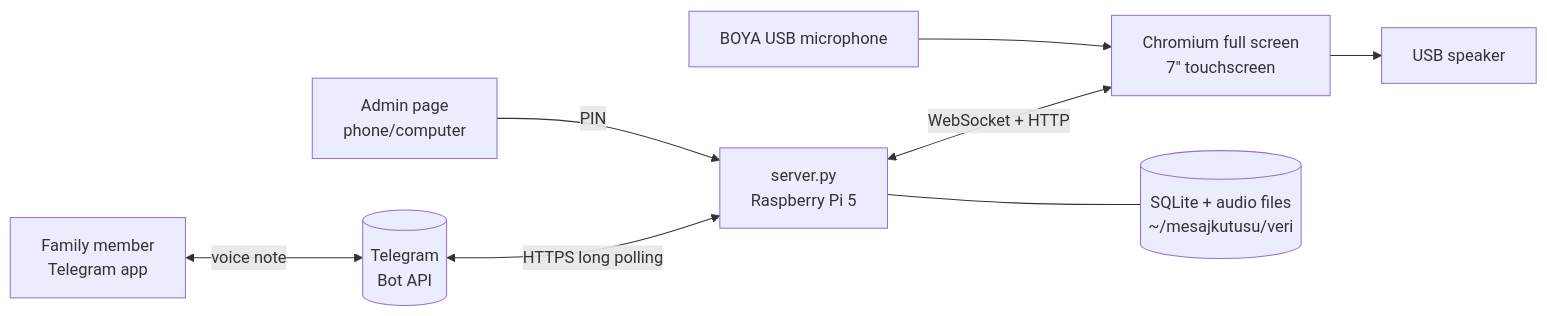
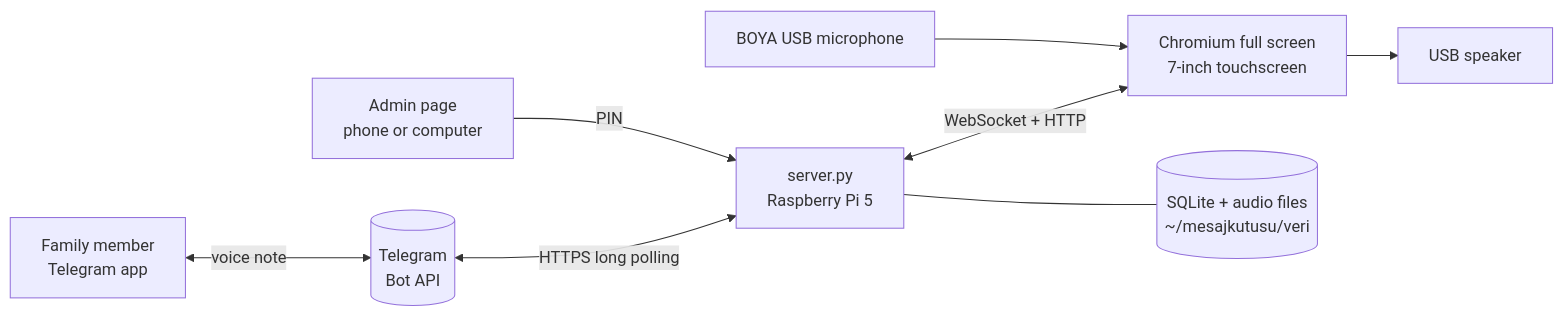
One commit to ekremcet/raspberrytime changed the diagram in README.md. Above: the diagram before and after it, drawn with Mermaid.

Commit message:
Fix Mermaid diagram in README

````diff
--- a/README.md
+++ b/README.md
@@ -38,10 +38,10 @@
 ```mermaid
 flowchart LR
-  A[Family member<br/>Telegram app] <-- voice note --> T[(Telegram<br/>Bot API)]
-  T <-- HTTPS long polling --> S[server.py<br/>Raspberry Pi 5]
-  S <-- WebSocket + HTTP --> K[Chromium full screen<br/>7&quot; touchscreen]
-  S --- D[(SQLite + audio files<br/>~/mesajkutusu/veri)]
-  M[BOYA USB microphone] --> K
-  K --> H[USB speaker]
-  Y[Admin page<br/>phone/computer] -- PIN --> S
+  A["Family member<br/>Telegram app"] <-- "voice note" --> T[("Telegram<br/>Bot API")]
+  T <-- "HTTPS long polling" --> S["server.py<br/>Raspberry Pi 5"]
+  S <-- "WebSocket + HTTP" --> K["Chromium full screen<br/>7-inch touchscreen"]
+  S --- D[("SQLite + audio files<br/>~/mesajkutusu/veri")]
+  M["BOYA USB microphone"] --> K
+  K --> H["USB speaker"]
+  Y["Admin page<br/>phone or computer"] -- "PIN" --> S
 ```
````
